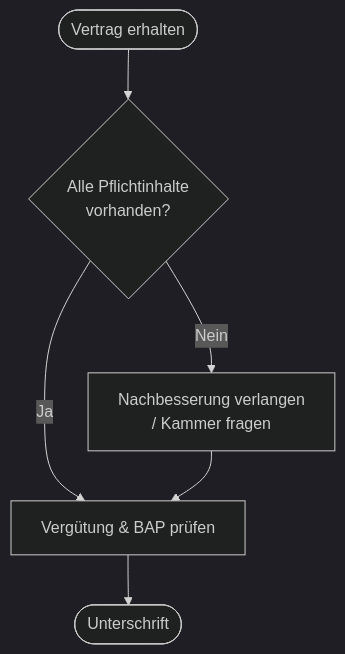
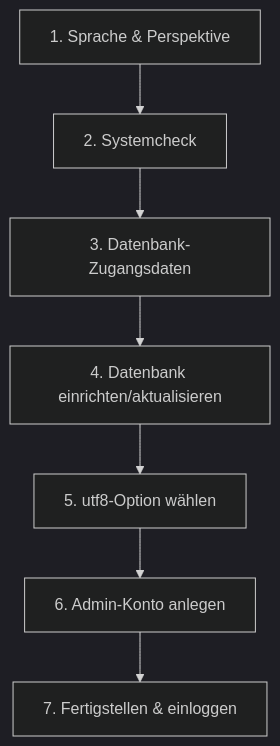
One commit to Qualidy/M5.4a-Program-CMS---Install-Konfig-FIAE- changed the second of 2 diagrams in docs/content/kapitel2.md. Above: the diagram before and after it, drawn with Mermaid (dark theme). The commit also changed other lines of this file and 105 other files, not shown here.

````diff
--- a/docs/content/kapitel2.md
+++ b/docs/content/kapitel2.md
@@ -119,8 +172,9 @@
 ```mermaid
 flowchart TD
-    A([Vertrag erhalten]) --> B{Alle Pflichtinhalte\nvorhanden?}
-    B -->|Ja| C[Vergütung & BAP prüfen]
-    B -->|Nein| D[Nachbesserung verlangen\n/ Kammer fragen]
-    C --> E([Unterschrift])
-    D --> C
+    A[1. Sprache & Perspektive] --> B[2. Systemcheck]
+    B --> C[3. Datenbank-Zugangsdaten]
+    C --> D[4. Datenbank einrichten/aktualisieren]
+    D --> E[5. utf8-Option wählen]
+    E --> F[6. Admin-Konto anlegen]
+    F --> G[7. Fertigstellen & einloggen]
 ```
````
